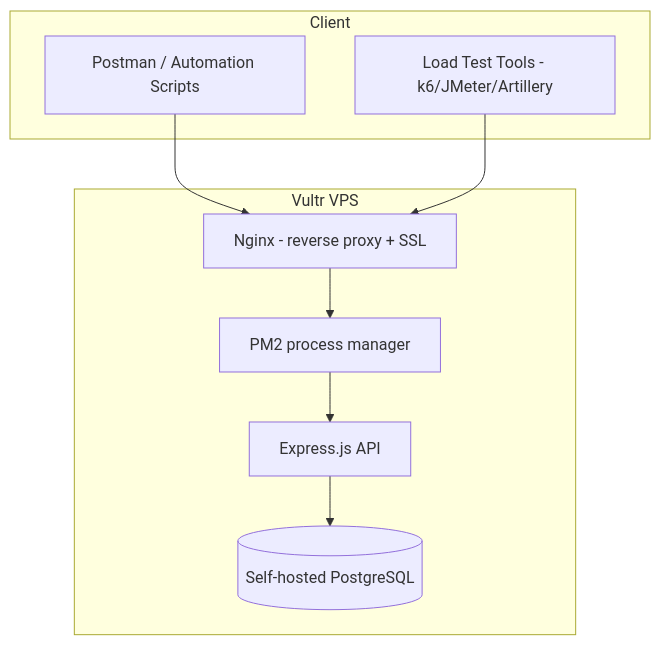
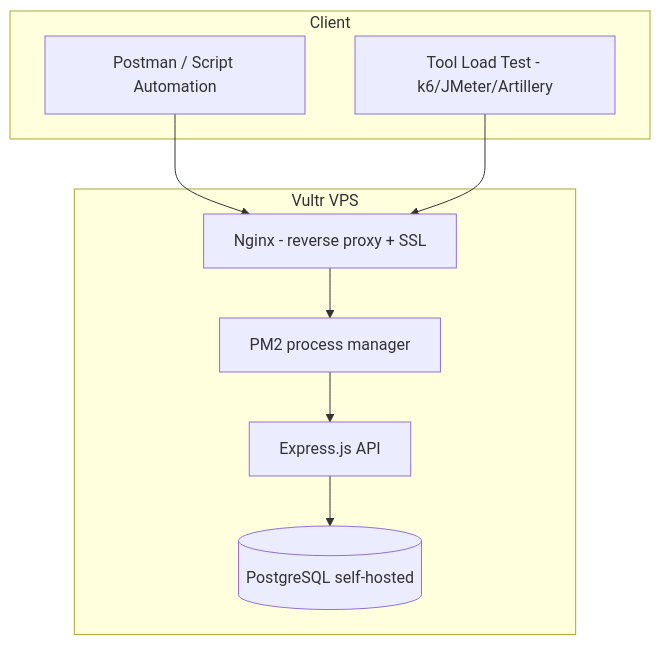
Before and after one commit to Hendrich/script-labs: the first of 2 diagrams in docs/SYSTEM_ARCHITECTURE_V2.md, drawn with Mermaid. The commit also changed other lines of this file and 9 other files, not shown here.

````diff
--- a/docs/SYSTEM_ARCHITECTURE_V2.md
+++ b/docs/SYSTEM_ARCHITECTURE_V2.md
@@ -18,20 +18,20 @@
 ```mermaid
 graph TB
     subgraph "Client"
-        POSTMAN[Postman / Automation Scripts]
-        LOADTEST[Load Test Tools - k6/JMeter/Artillery]
+        POSTMAN[Postman / Script Automation]
+        LOADTEST[Tool Load Test - k6/JMeter/Artillery]
     end
 
     subgraph "Vultr VPS"
         NGINX[Nginx - reverse proxy + SSL]
         PM2[PM2 process manager]
         API[Express.js API]
-        PG[(Self-hosted PostgreSQL)]
+        PG[(PostgreSQL self-hosted)]
     end
 
     POSTMAN --> NGINX
     LOADTEST --> NGINX
     NGINX --> PM2
     PM2 --> API
     API --> PG
 ```
````
